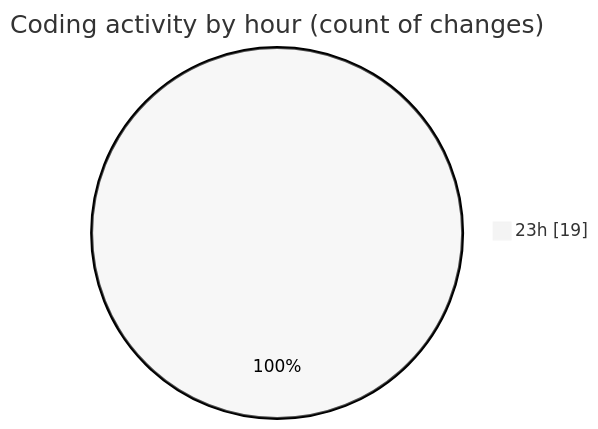
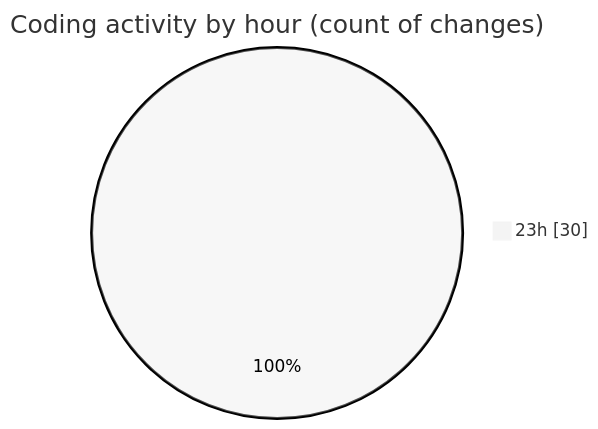
One commit to Ritupan-Deka/code-tracking changed the second of 2 diagrams in 2025-07-27/javascript/README.md. Above: the diagram before and after it, drawn with Mermaid (neutral theme). The commit also changed other lines of this file and 1 other file, not shown here.

````diff
--- a/2025-07-27/javascript/README.md
+++ b/2025-07-27/javascript/README.md
@@ -28,5 +28,5 @@
 ```mermaid
 pie showData
 title Coding activity by hour (count of changes)
-"23h" : 19
+"23h" : 30
 ```
````
